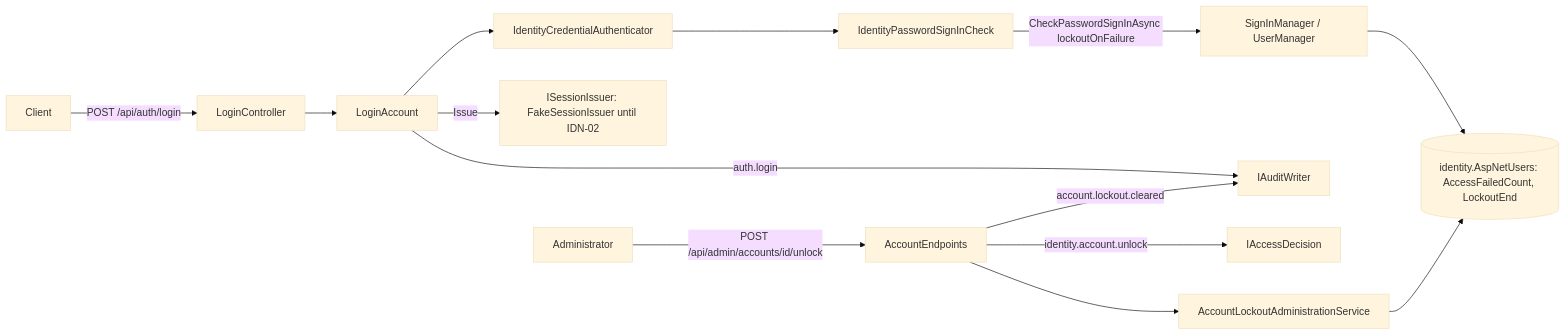
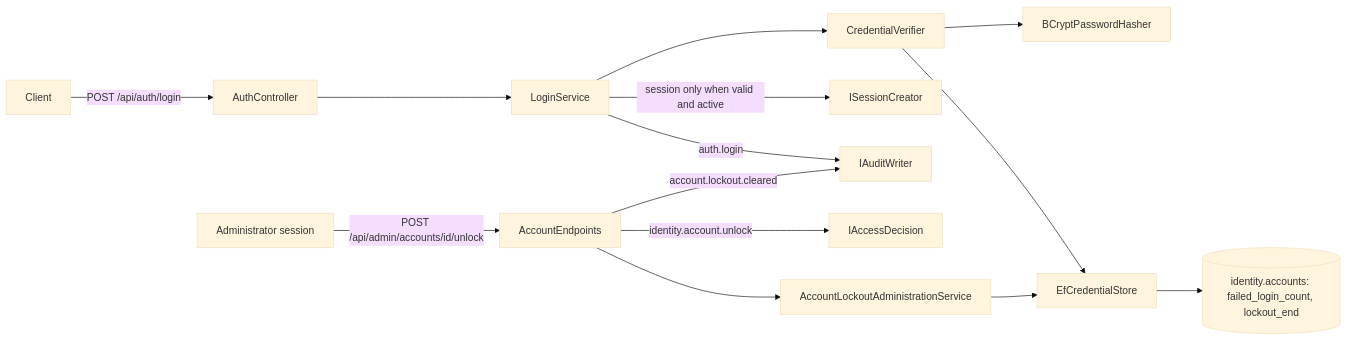
Before and after one commit to djufa762x39/security-lab: the first of 2 diagrams in docs/components/identity/IDN-05-lockout.md, drawn with Mermaid (base theme). The commit also changed other lines of this file and 4 other files, not shown here.

Commit message:
IDN-05: update lockout component and IDN-02 docs

````diff
--- a/docs/components/identity/IDN-05-lockout.md
+++ b/docs/components/identity/IDN-05-lockout.md
@@ -26,16 +27,16 @@
 ```mermaid
 flowchart LR
-  C[Client] -->|POST /api/auth/login| L[LoginController]
-  L --> UC[LoginAccount]
-  UC --> A[IdentityCredentialAuthenticator]
-  A --> P[IdentityPasswordSignInCheck]
-  P -->|CheckPasswordSignInAsync lockoutOnFailure| SM[SignInManager / UserManager]
-  SM --> D[(identity.AspNetUsers: AccessFailedCount, LockoutEnd)]
-  UC -->|Issue| S[ISessionIssuer: FakeSessionIssuer until IDN-02]
+  C[Client] -->|POST /api/auth/login| L[AuthController]
+  L --> UC[LoginService]
+  UC --> V[CredentialVerifier]
+  V --> H[BCryptPasswordHasher]
+  V --> S[EfCredentialStore]
+  S --> D[(identity.accounts: failed_login_count, lockout_end)]
+  UC -->|session only when valid and active| SC[ISessionCreator]
   UC -->|auth.login| AU[IAuditWriter]
-  ADM[Administrator] -->|POST /api/admin/accounts/id/unlock| E[AccountEndpoints]
+  ADM[Administrator session] -->|POST /api/admin/accounts/id/unlock| E[AccountEndpoints]
   E -->|identity.account.unlock| AD[IAccessDecision]
   E --> LA[AccountLockoutAdministrationService]
-  LA --> D
+  LA --> S
   E -->|account.lockout.cleared| AU
 ```
````
